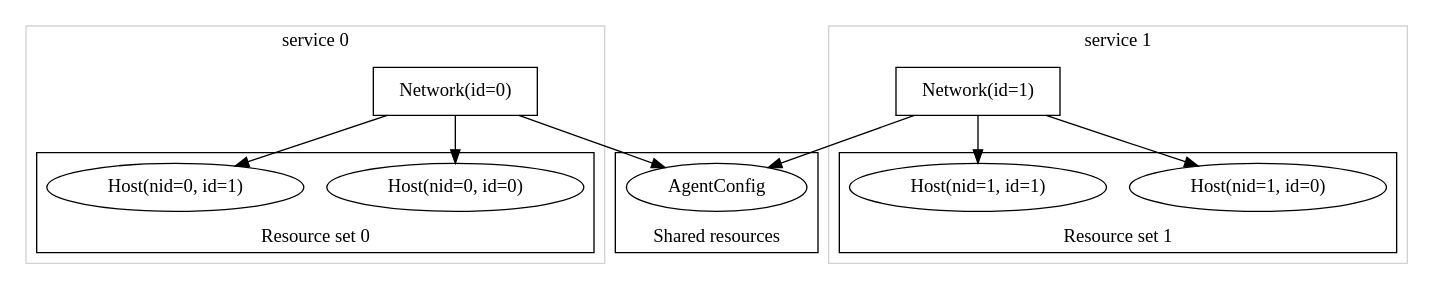
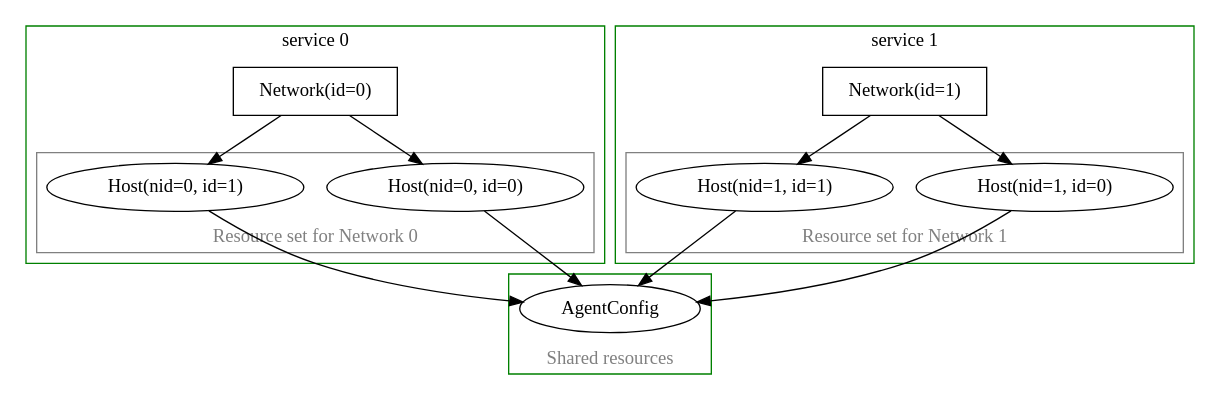
The third of 5 diagrams in docs/resource_sets.rst (inmanta/inmanta-core), drawn with Graphviz before and after one commit. The commit also changed other lines of this file, not shown here.

```diff
--- a/docs/resource_sets.rst
+++ b/docs/resource_sets.rst
@@ -284,35 +292,42 @@
 .. digraph:: resource_sets_example
-    :caption: Two valid services with their resource sets
+    :caption: Two valid service instances with their resource sets
 
     subgraph cluster_shared {
         AgentConfig;
+        color = "green";
+        fontcolor = "grey";
         label = "Shared resources";
         labelloc = "bottom";
     }
 
     subgraph cluster_service0 {
         "Network(id=0)" [shape=rectangle];
         "Network(id=0)" -> subgraph cluster_resources0 {
             "Host(nid=0, id=0)";
             "Host(nid=0, id=1)";
-            label = "Resource set 0";
+            color = "grey";
+            fontcolor = "grey";
+            label = "Resource set for Network 0";
             labelloc = "bottom";
         }
-        "Network(id=0)" -> AgentConfig;
-        color = "lightgrey";
+        color = "green";
         label = "service 0";
         labelloc = "top";
     }
     subgraph cluster_service1 {
         "Network(id=1)" [shape=rectangle];
         "Network(id=1)" -> subgraph cluster_resources1 {
             "Host(nid=1, id=0)";
             "Host(nid=1, id=1)";
-            label = "Resource set 1";
+            color = "grey";
+            fontcolor = "grey";
+            label = "Resource set for Network 1";
             labelloc = "bottom";
         }
-        "Network(id=1)" -> AgentConfig;
-        color = "lightgrey";
+        color = "green";
         label = "service 1";
         labelloc = "top";
     }
+
+    # force rendering on multiple ranks
+    {"Host(nid=0, id=0)" "Host(nid=0, id=1)" "Host(nid=1, id=0)" "Host(nid=1, id=1)"} -> "AgentConfig";
```
